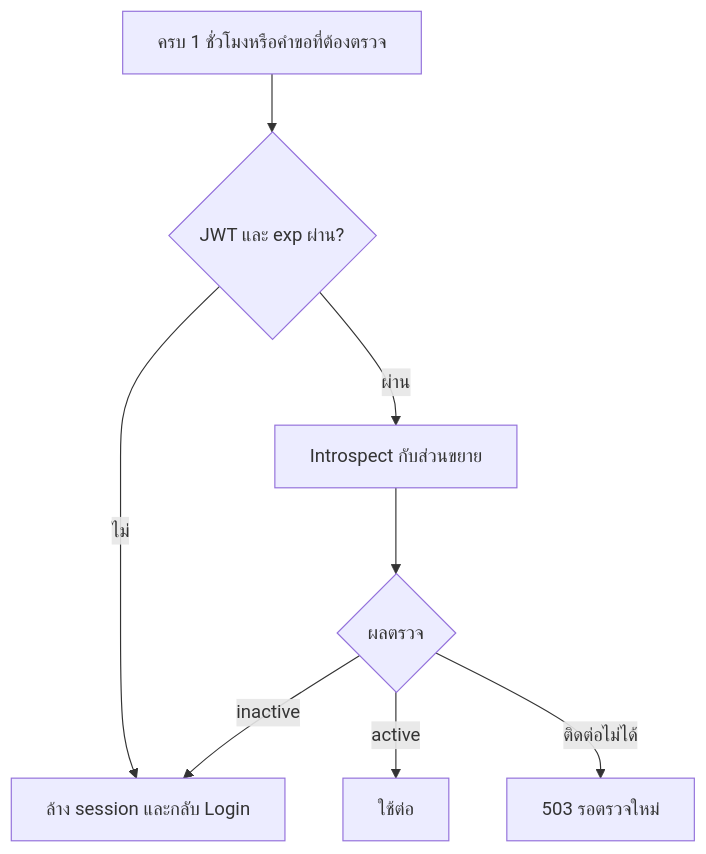
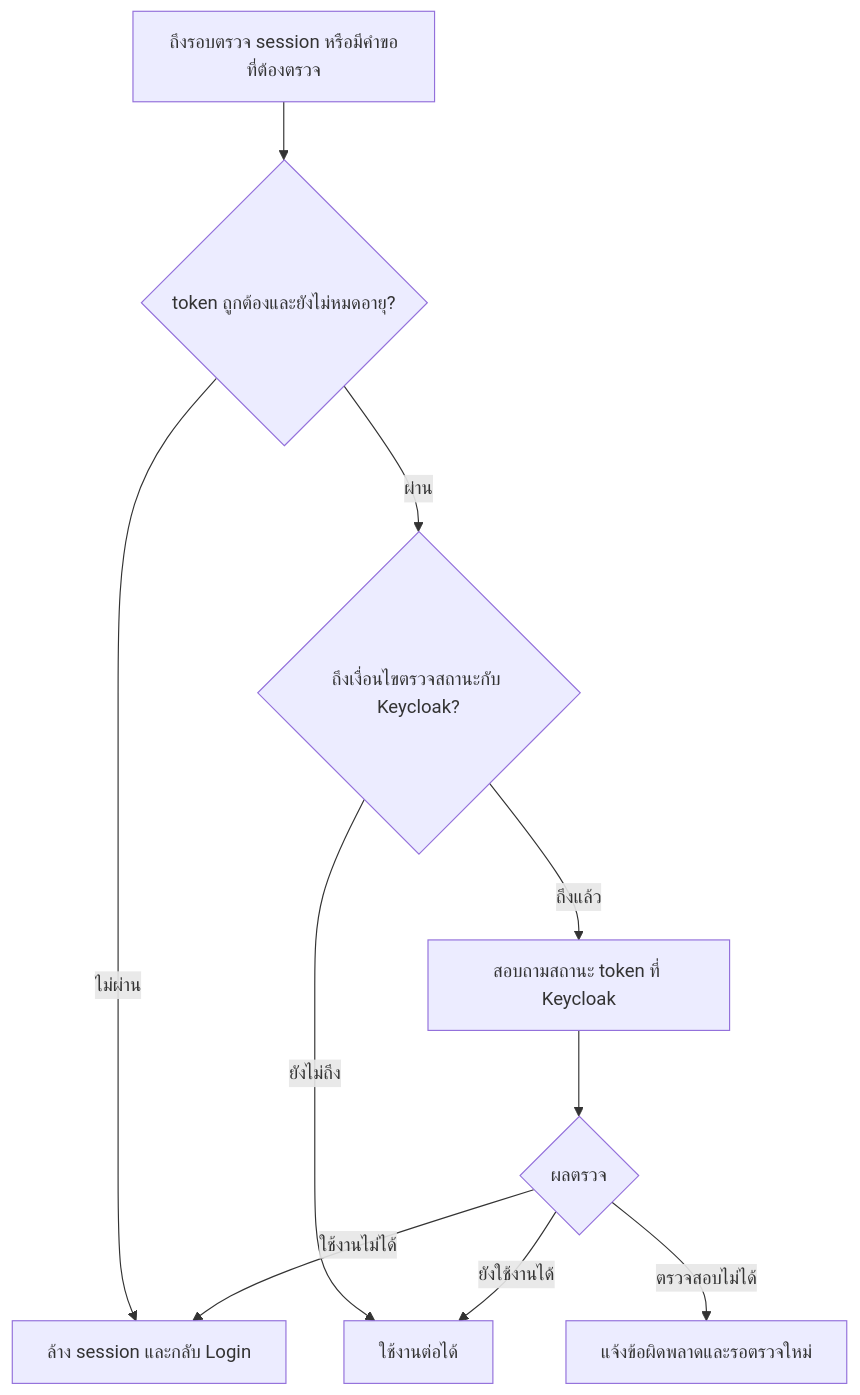
One commit to Sin1apachai/poc_sso changed diagram 14 of 22 in docs/flows/LOGIN-AND-SESSION.md. Above: the diagram before and after it, drawn with Mermaid. The commit also changed other lines of this file and 69 other files, not shown here.

````diff
--- a/docs/flows/LOGIN-AND-SESSION.md
+++ b/docs/flows/LOGIN-AND-SESSION.md
@@ -347,10 +360,12 @@
 ```mermaid
 flowchart TD
-H[ครบ 1 ชั่วโมงหรือคำขอที่ต้องตรวจ] --> V{JWT และ exp ผ่าน?}
-    V -->|ไม่| L[ล้าง session และกลับ Login]
-    V -->|ผ่าน| I[Introspect กับส่วนขยาย]
+    H[ถึงรอบตรวจ session หรือมีคำขอที่ต้องตรวจ] --> V{token ถูกต้องและยังไม่หมดอายุ?}
+    V -->|ไม่ผ่าน| L[ล้าง session และกลับ Login]
+    V -->|ผ่าน| C{ถึงเงื่อนไขตรวจสถานะกับ Keycloak?}
+    C -->|ยังไม่ถึง| S[ใช้งานต่อได้]
+    C -->|ถึงแล้ว| I[สอบถามสถานะ token ที่ Keycloak]
     I --> R{ผลตรวจ}
-    R -->|active| S[ใช้ต่อ]
-    R -->|inactive| L
-    R -->|ติดต่อไม่ได้| W[503 รอตรวจใหม่]
+    R -->|ยังใช้งานได้| S
+    R -->|ใช้งานไม่ได้| L
+    R -->|ตรวจสอบไม่ได้| W[แจ้งข้อผิดพลาดและรอตรวจใหม่]
 ```
````
